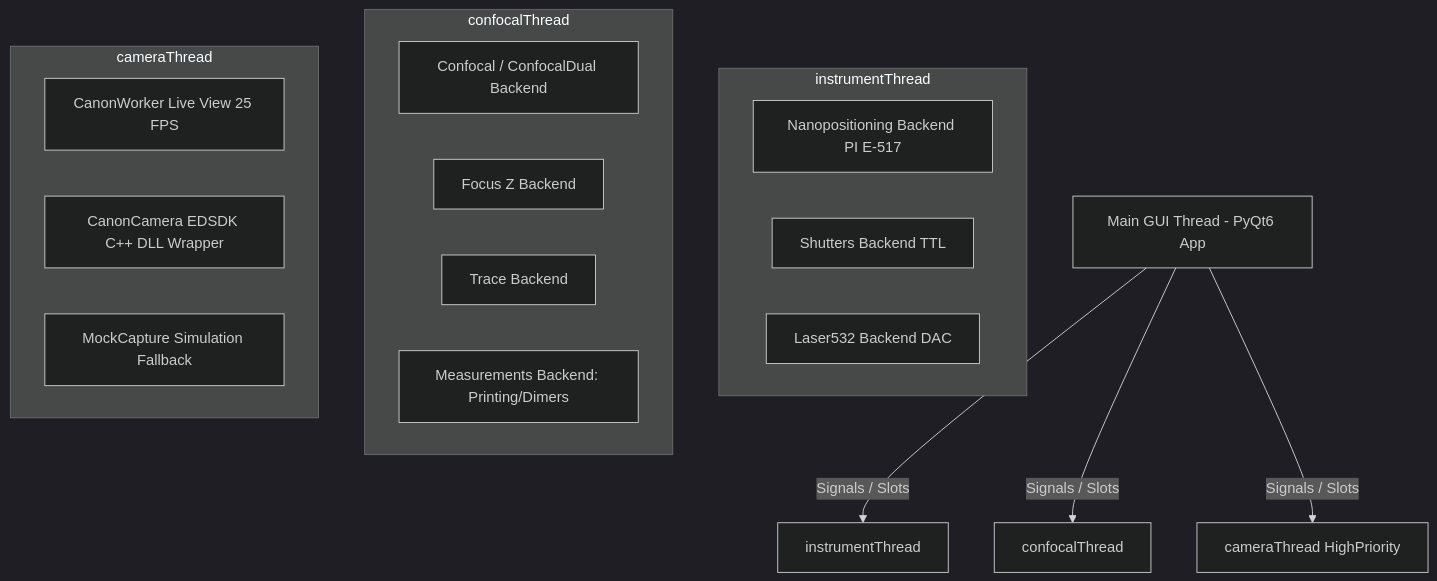
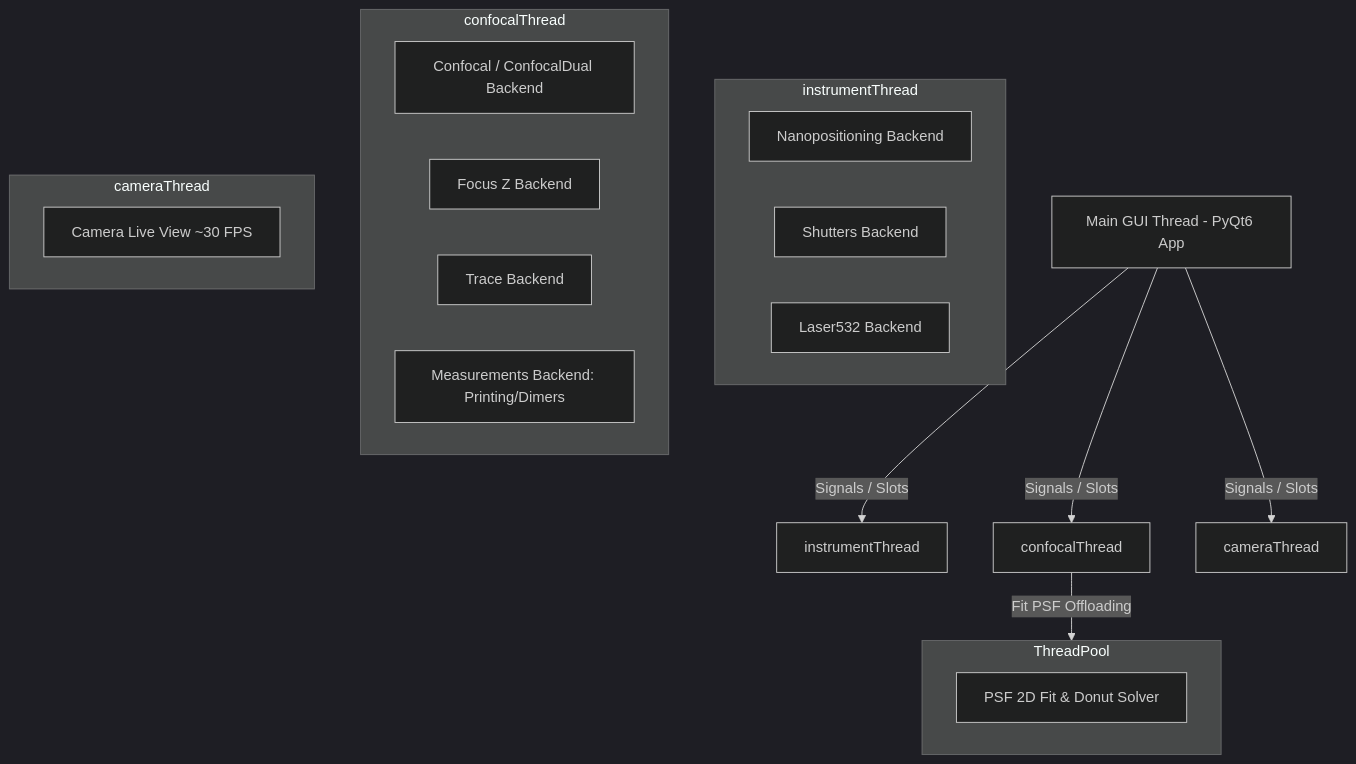
Before and after one commit to joselitog1999/pyprinting_3.0: the first of 2 diagrams in README.md, drawn with Mermaid (dark theme). The commit also changed other lines of this file and 1 other file, not shown here.

````diff
--- a/README.md
+++ b/README.md
@@ -121,25 +117,28 @@
 ```mermaid
 graph TD
     GUI[Main GUI Thread - PyQt6 App] -->|Signals / Slots| InstrumentThread[instrumentThread]
     GUI -->|Signals / Slots| ConfocalThread[confocalThread]
-    GUI -->|Signals / Slots| CameraThread[cameraThread HighPriority]
+    GUI -->|Signals / Slots| CameraThread[cameraThread]
+    ConfocalThread -->|Fit PSF Offloading| ThreadPool[ThreadPoolExecutor]
 
     subgraph instrumentThread
-        nanoWorker[Nanopositioning Backend PI E-517]
-        shuttersWorker[Shutters Backend TTL]
-        laserBackend[Laser532 Backend DAC]
+        nanoWorker[Nanopositioning Backend]
+        shuttersWorker[Shutters Backend]
+        laserBackend[Laser532 Backend]
     end
 
     subgraph confocalThread
         confocalWorker[Confocal / ConfocalDual Backend]
         focusWorker[Focus Z Backend]
         traceWorker[Trace Backend]
         measWorker[Measurements Backend: Printing/Dimers]
     end
 
     subgraph cameraThread
-        cameraWorker[CanonWorker Live View 25 FPS]
-        canonCam[CanonCamera EDSDK C++ DLL Wrapper]
-        mockCap[MockCapture Simulation Fallback]
+        cameraWorker[Camera Live View ~30 FPS]
+    end
+
+    subgraph ThreadPool
+        psfWorker[PSF 2D Fit & Donut Solver]
     end
 ```
````
